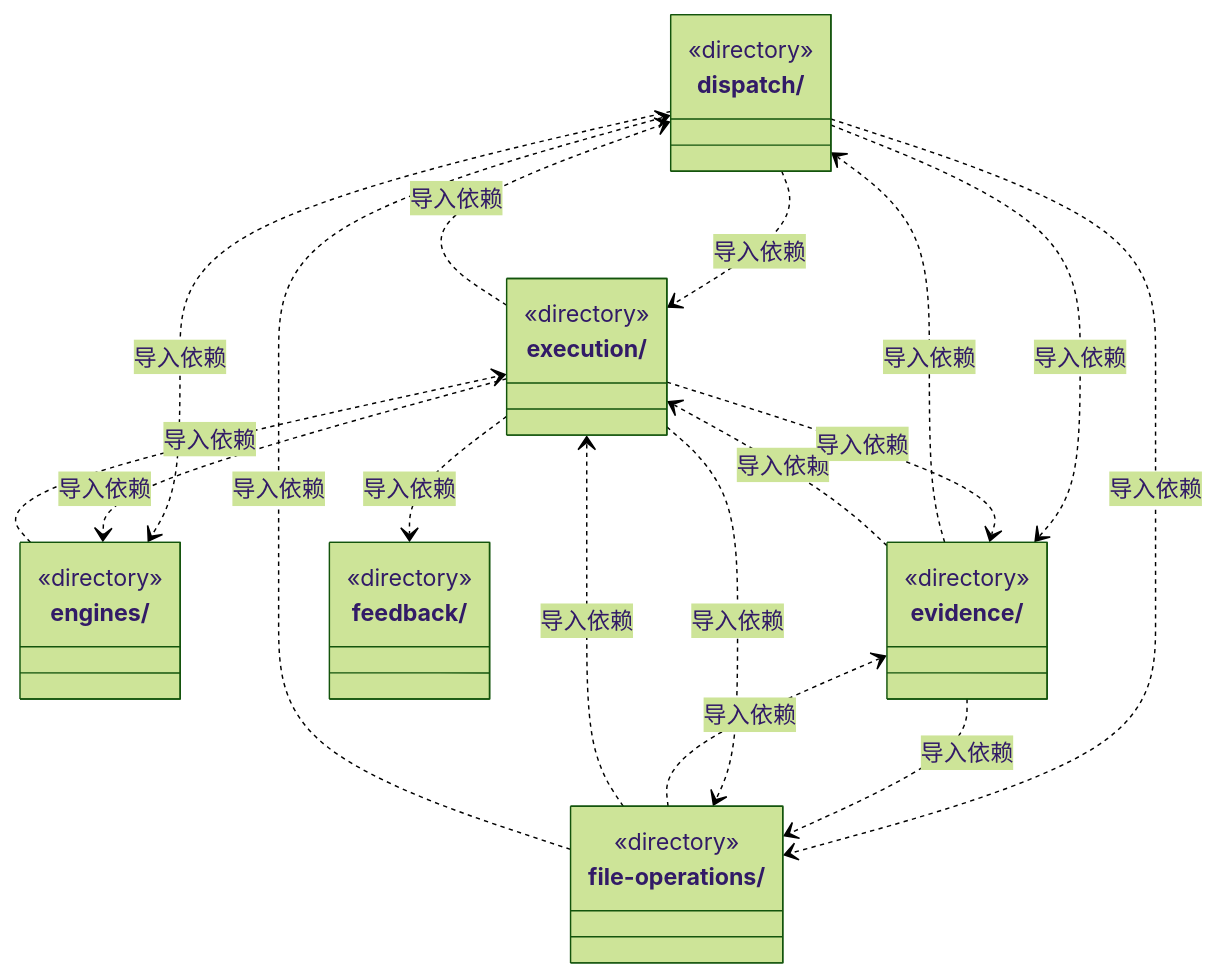
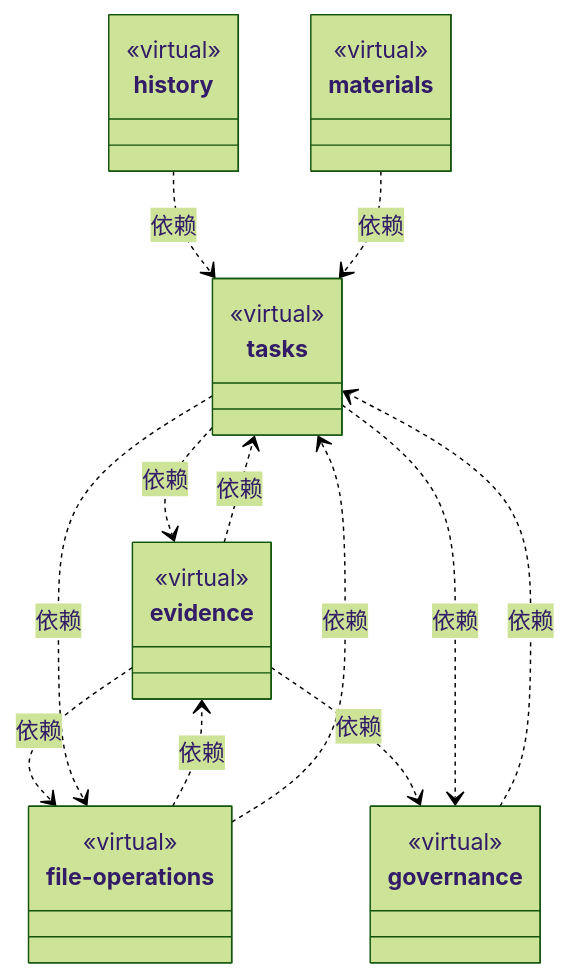
The second of 5 diagrams in src/logic/ARCHITECTURE.md (nan023062/cbim), drawn with Mermaid (forest theme) before and after one commit. The commit also changed other lines of this file and 158 other files, not shown here.

Commit message:
docs: model architecture through nested virtual encapsulations

````diff
--- a/src/logic/ARCHITECTURE.md
+++ b/src/logic/ARCHITECTURE.md
@@ -880,37 +70,38 @@
 ```mermaid
 classDiagram
-class N_src_logic_dispatch["dispatch/"] {
-  <<directory>>
+class N_fbed958d7f11["tasks"] {
+  <<virtual>>
 }
-class N_src_logic_engines["engines/"] {
-  <<directory>>
+click N_fbed958d7f11 href "tasks/ARCHITECTURE.md"
+class N_b34c155e1489["evidence"] {
+  <<virtual>>
 }
-class N_src_logic_evidence["evidence/"] {
-  <<directory>>
+click N_b34c155e1489 href "evidence/ARCHITECTURE.md"
+class N_35c2865c7780["file-operations"] {
+  <<virtual>>
 }
-class N_src_logic_execution["execution/"] {
-  <<directory>>
+click N_35c2865c7780 href "file-operations/ARCHITECTURE.md"
+class N_46ab6b5c4908["governance"] {
+  <<virtual>>
 }
-class N_src_logic_feedback["feedback/"] {
-  <<directory>>
+click N_46ab6b5c4908 href "governance/ARCHITECTURE.md"
+class N_cf2ceee1d883["history"] {
+  <<virtual>>
 }
-class N_src_logic_file_operations["file-operations/"] {
-  <<directory>>
+click N_cf2ceee1d883 href "history/ARCHITECTURE.md"
+class N_b4b0dd19dbdf["materials"] {
+  <<virtual>>
 }
-N_src_logic_dispatch ..> N_src_logic_execution : 导入依赖
-N_src_logic_dispatch ..> N_src_logic_file_operations : 导入依赖
-N_src_logic_dispatch ..> N_src_logic_engines : 导入依赖
-N_src_logic_dispatch ..> N_src_logic_evidence : 导入依赖
-N_src_logic_engines ..> N_src_logic_execution : 导入依赖
-N_src_logic_evidence ..> N_src_logic_file_operations : 导入依赖
-N_src_logic_evidence ..> N_src_logic_dispatch : 导入依赖
-N_src_logic_evidence ..> N_src_logic_execution : 导入依赖
-N_src_logic_execution ..> N_src_logic_engines : 导入依赖
-N_src_logic_execution ..> N_src_logic_evidence : 导入依赖
-N_src_logic_execution ..> N_src_logic_feedback : 导入依赖
-N_src_logic_execution ..> N_src_logic_file_operations : 导入依赖
-N_src_logic_execution ..> N_src_logic_dispatch : 导入依赖
-N_src_logic_file_operations ..> N_src_logic_evidence : 导入依赖
-N_src_logic_file_operations ..> N_src_logic_execution : 导入依赖
-N_src_logic_file_operations ..> N_src_logic_dispatch : 导入依赖
+click N_b4b0dd19dbdf href "materials/ARCHITECTURE.md"
+N_b34c155e1489 ..> N_35c2865c7780 : 依赖
+N_b34c155e1489 ..> N_46ab6b5c4908 : 依赖
+N_b34c155e1489 ..> N_fbed958d7f11 : 依赖
+N_35c2865c7780 ..> N_b34c155e1489 : 依赖
+N_35c2865c7780 ..> N_fbed958d7f11 : 依赖
+N_46ab6b5c4908 ..> N_fbed958d7f11 : 依赖
+N_cf2ceee1d883 ..> N_fbed958d7f11 : 依赖
+N_b4b0dd19dbdf ..> N_fbed958d7f11 : 依赖
+N_fbed958d7f11 ..> N_b34c155e1489 : 依赖
+N_fbed958d7f11 ..> N_35c2865c7780 : 依赖
+N_fbed958d7f11 ..> N_46ab6b5c4908 : 依赖
 ```
````
